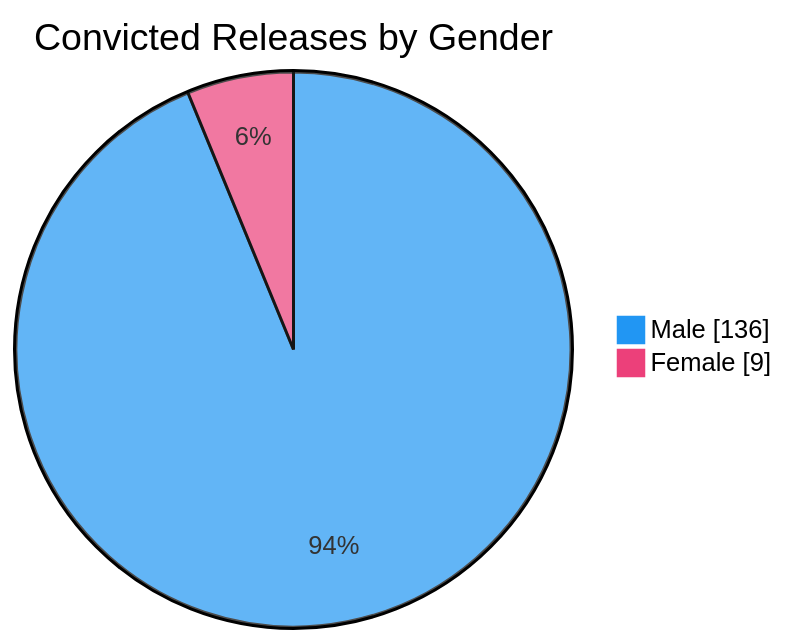
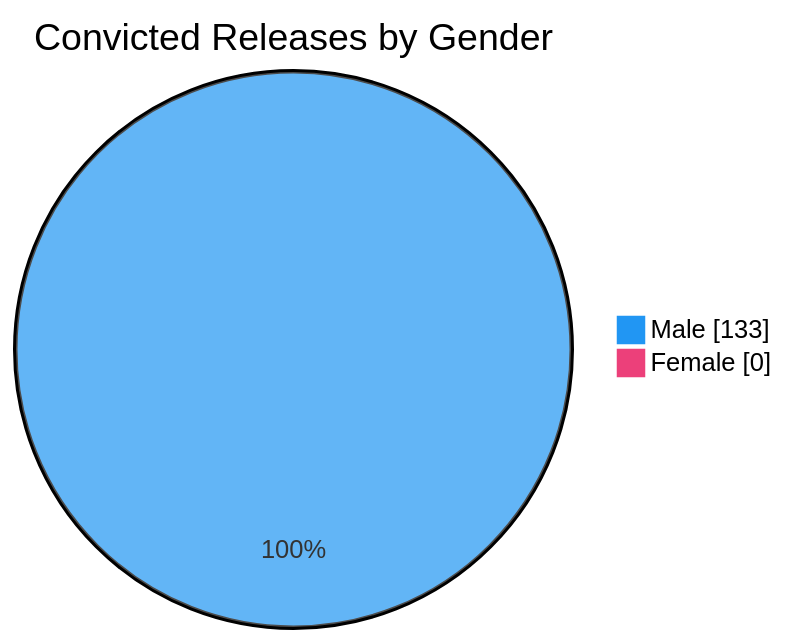
The sixth of 7 diagrams in README.md (nuuuwan/lk_prisons), drawn with Mermaid before and after one commit. The commit also changed other lines of this file and 1 other file, not shown here.

````diff
--- a/README.md
+++ b/README.md
@@ -98,6 +98,6 @@
 ```mermaid
 %%{init: {'themeVariables': {'pie1': '#2196F3', 'pie2': '#EC407A'}}}%%
 pie showData title Convicted Releases by Gender
-    "Male" : 136
-    "Female" : 9
+    "Male" : 133
+    "Female" : 0
 ```
````
